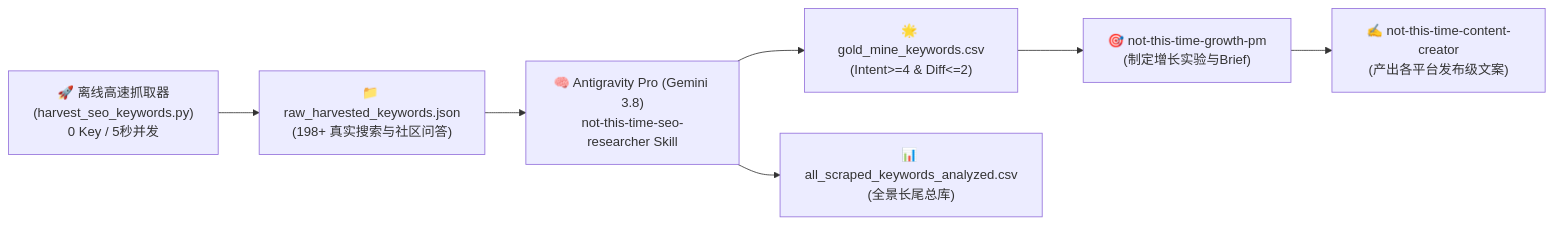
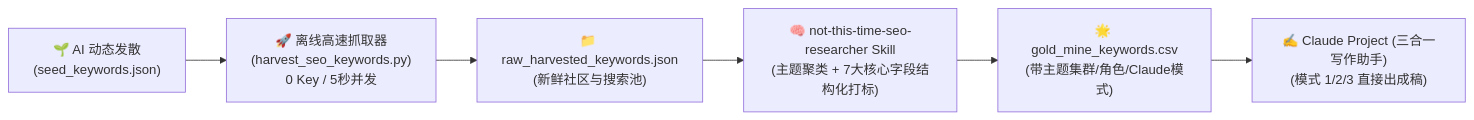
One commit to feeline03/notthistime changed the diagram in SEO_agent/README.md. Above: the diagram before and after it, drawn with Mermaid. The commit also changed other lines of this file and 10 other files, not shown here.

````diff
--- a/SEO_agent/README.md
+++ b/SEO_agent/README.md
@@ -9,9 +9,8 @@
 ```mermaid
 flowchart LR
-    Harvester["🚀 离线高速抓取器<br/>(harvest_seo_keywords.py)<br/>0 Key / 5秒并发"] --> RawData["📁 raw_harvested_keywords.json<br/>(198+ 真实搜索与社区问答)"]
-    RawData --> BrainSkill["🧠 Antigravity Pro (Gemini 3.8)<br/>not-this-time-seo-researcher Skill"]
-    BrainSkill --> GoldCSV["🌟 gold_mine_keywords.csv<br/>(Intent>=4 & Diff<=2)"]
-    BrainSkill --> AllCSV["📊 all_scraped_keywords_analyzed.csv<br/>(全景长尾总库)"]
-    GoldCSV --> GrowthPM["🎯 not-this-time-growth-pm<br/>(制定增长实验与Brief)"]
-    GrowthPM --> Creator["✍️ not-this-time-content-creator<br/>(产出各平台发布级文案)"]
+    Seed["🌱 AI 动态发散<br/>(seed_keywords.json)"] --> Harvester["🚀 离线高速抓取器<br/>(harvest_seo_keywords.py)<br/>0 Key / 5秒并发"]
+    Harvester --> RawData["📁 raw_harvested_keywords.json<br/>(新鲜社区与搜索池)"]
+    RawData --> BrainSkill["🧠 not-this-time-seo-researcher Skill<br/>(主题聚类 + 7大核心字段结构化打标)"]
+    BrainSkill --> GoldCSV["🌟 gold_mine_keywords.csv<br/>(带主题集群/角色/Claude模式)"]
+    GoldCSV --> ClaudeProject["✍️ Claude Project (三合一写作助手)<br/>(模式 1/2/3 直接出成稿)"]
 ```
````
